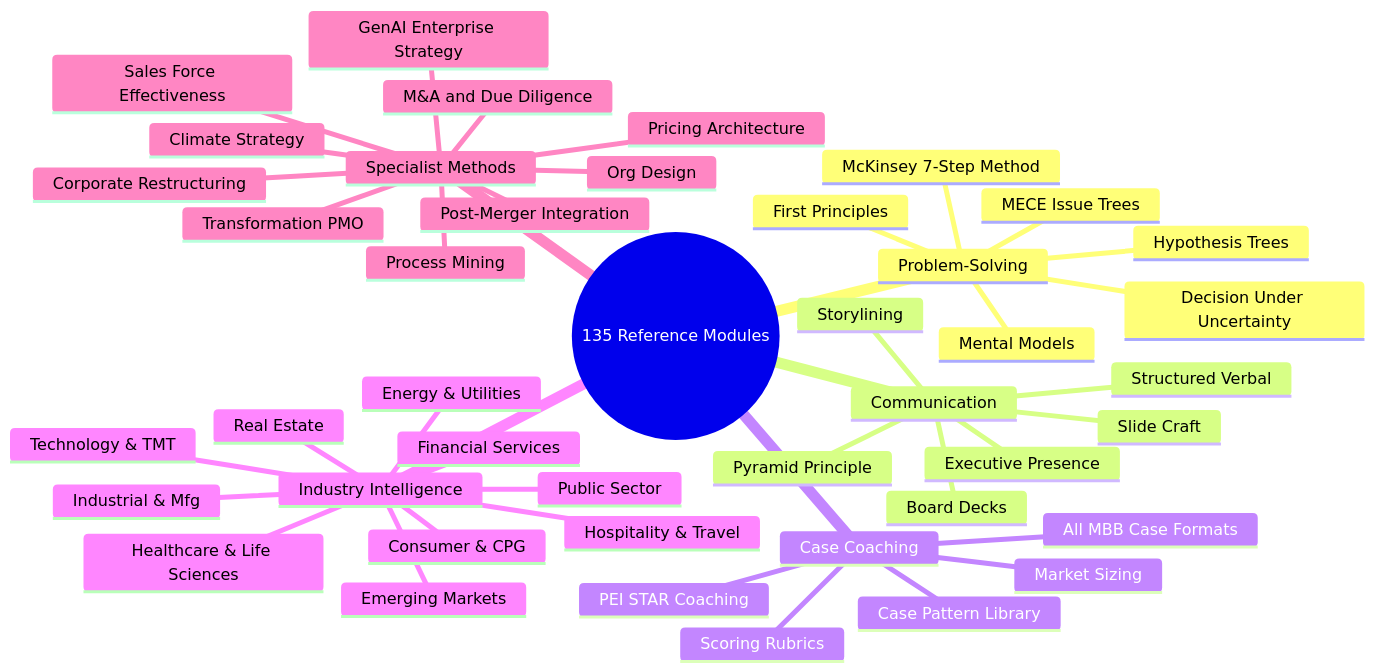
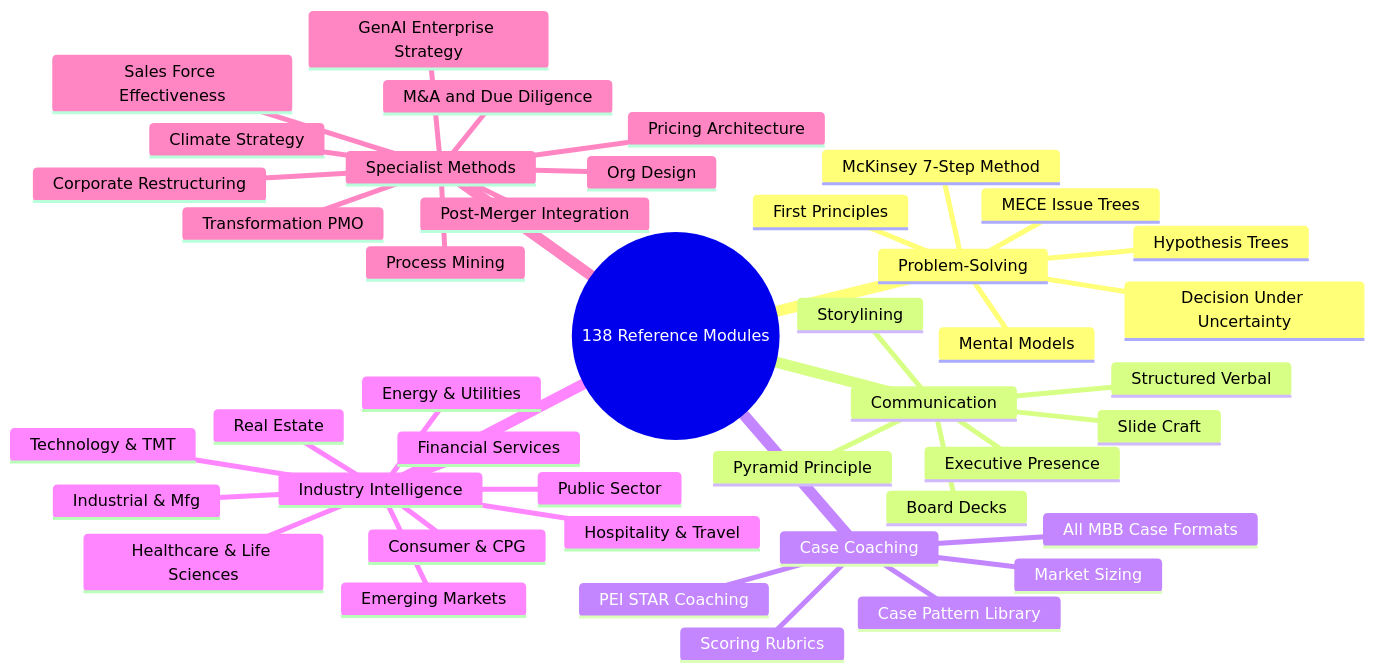
The second of 4 diagrams in README.md (DogInfantry/claude-skill-management-consultant-B1), drawn with Mermaid before and after one commit. The commit also changed other lines of this file and 38 other files, not shown here.

````diff
--- a/README.md
+++ b/README.md
@@ -71,46 +71,46 @@
 ```mermaid
 mindmap
-  root((135 Reference Modules))
+  root((138 Reference Modules))
     Problem-Solving
       MECE Issue Trees
       Hypothesis Trees
       First Principles
       Mental Models
       McKinsey 7-Step Method
       Decision Under Uncertainty
     Communication
       Pyramid Principle
       Storylining
       Slide Craft
       Executive Presence
       Structured Verbal
       Board Decks
     Case Coaching
       All MBB Case Formats
       Market Sizing
       Case Pattern Library
       PEI STAR Coaching
       Scoring Rubrics
     Industry Intelligence
       Healthcare & Life Sciences
       Financial Services
       Energy & Utilities
       Technology & TMT
       Consumer & CPG
       Industrial & Mfg
       Public Sector
       Real Estate
       Hospitality & Travel
       Emerging Markets
     Specialist Methods
       M&A and Due Diligence
       Post-Merger Integration
       Corporate Restructuring
       GenAI Enterprise Strategy
       Pricing Architecture
       Org Design
       Climate Strategy
       Transformation PMO
       Sales Force Effectiveness
       Process Mining
 ```
````
